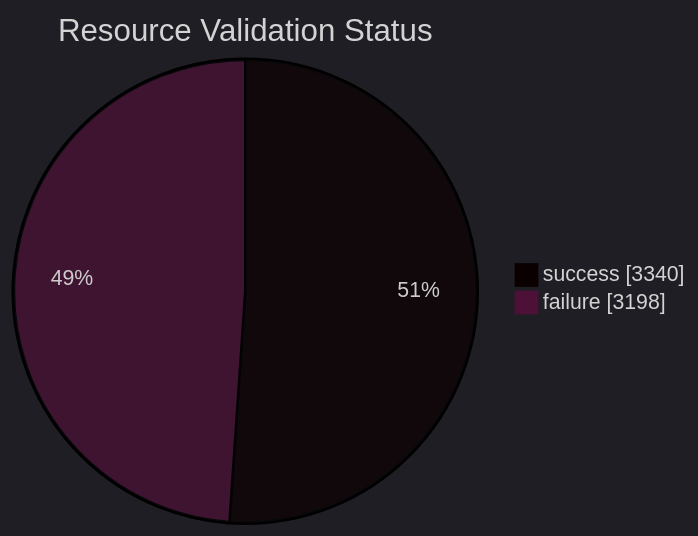
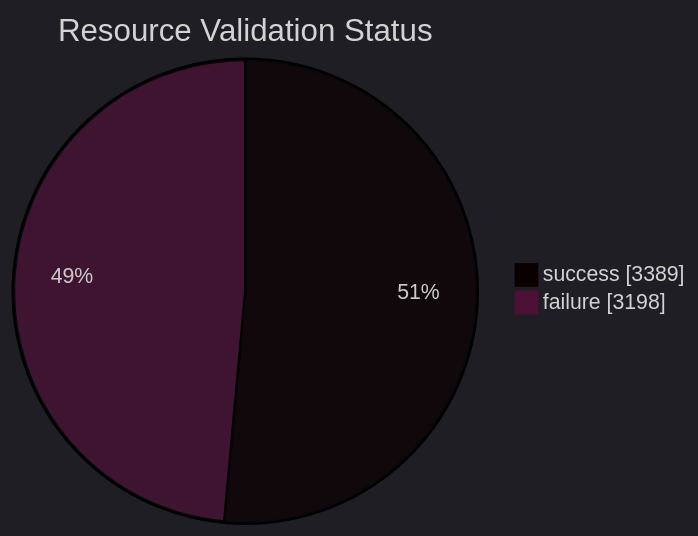
One commit to open-data/analytics-corporate-reporting changed the diagram in datastore_tracker/resource_validation_status_pie_chart.md. Above: the diagram before and after it, drawn with Mermaid. The commit also changed 9 other files, not shown here.

````diff
--- a/datastore_tracker/resource_validation_status_pie_chart.md
+++ b/datastore_tracker/resource_validation_status_pie_chart.md
@@ -2,9 +2,9 @@
 ```mermaid
 ---
 config:
   theme: dark
 ---
 pie showData title Resource Validation Status
-    "success": 3340
+    "success": 3389
     "failure": 3198
 ```
````
